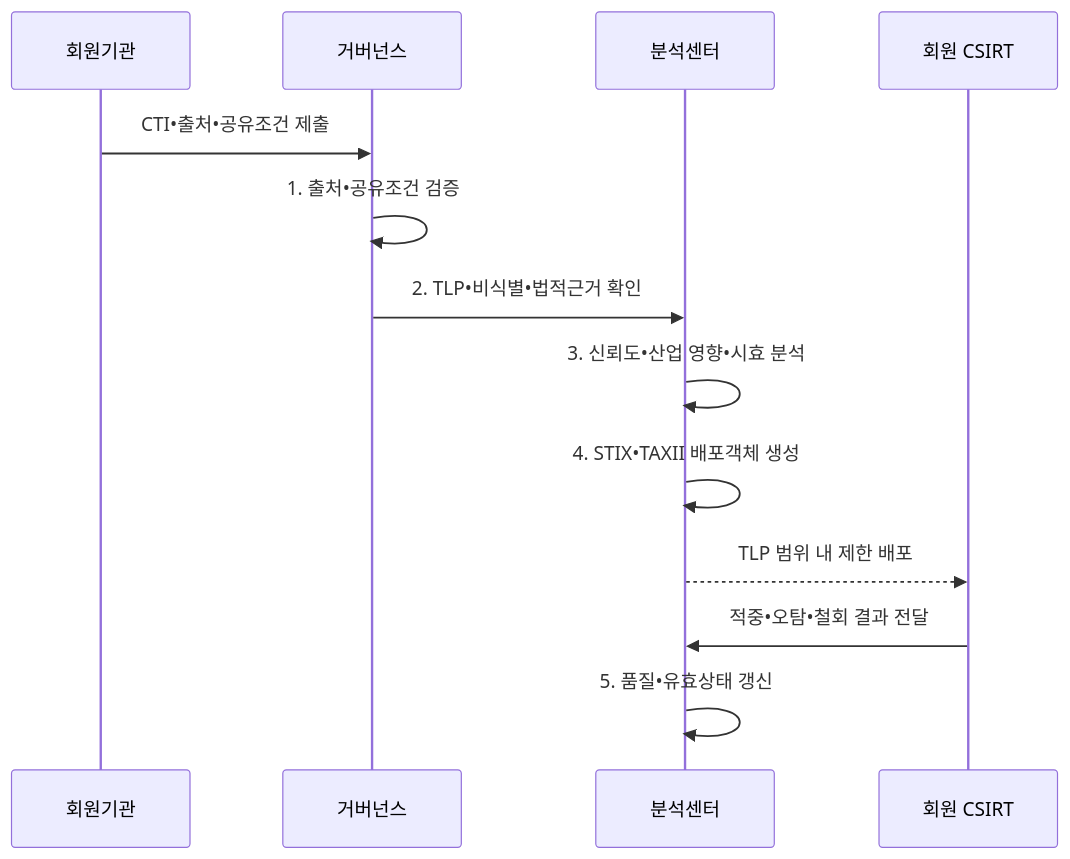
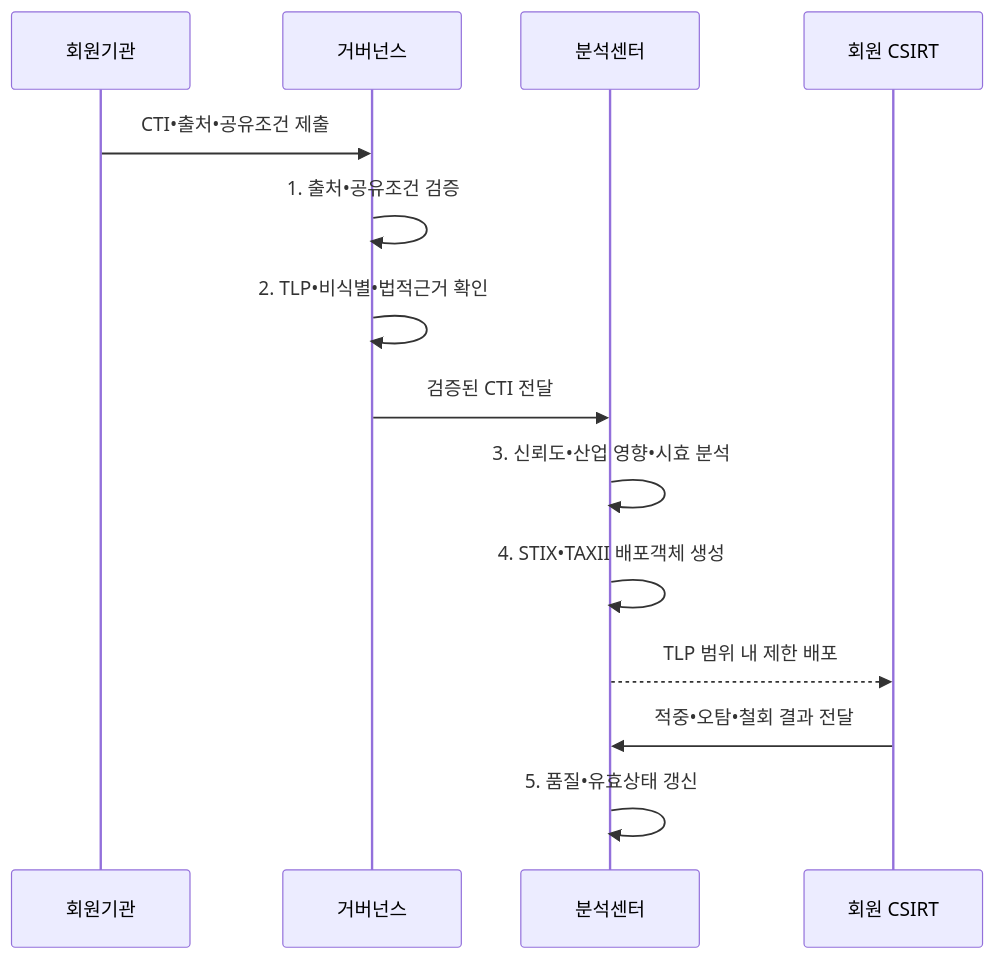
Before and after one commit to agnusdei1207/knowledge-base: the second of 2 diagrams in src/content/docs/notes/05-security/143_isac.md, drawn with Mermaid. The commit also changed other lines of this file and 6 other files, not shown here.

````diff
--- a/src/content/docs/notes/05-security/143_isac.md
+++ b/src/content/docs/notes/05-security/143_isac.md
@@ -104,15 +104,16 @@
 ```mermaid
 sequenceDiagram
   participant M as 회원기관
   participant G as 거버넌스
   participant A as 분석센터
   participant R as 회원 CSIRT
   M->>G: CTI•출처•공유조건 제출
   G->>G: 1. 출처•공유조건 검증
-  G->>A: 2. TLP•비식별•법적근거 확인
+  G->>G: 2. TLP•비식별•법적근거 확인
+  G->>A: 검증된 CTI 전달
   A->>A: 3. 신뢰도•산업 영향•시효 분석
   A->>A: 4. STIX•TAXII 배포객체 생성
   A-->>R: TLP 범위 내 제한 배포
   R->>A: 적중•오탐•철회 결과 전달
   A->>A: 5. 품질•유효상태 갱신
 ```
````
